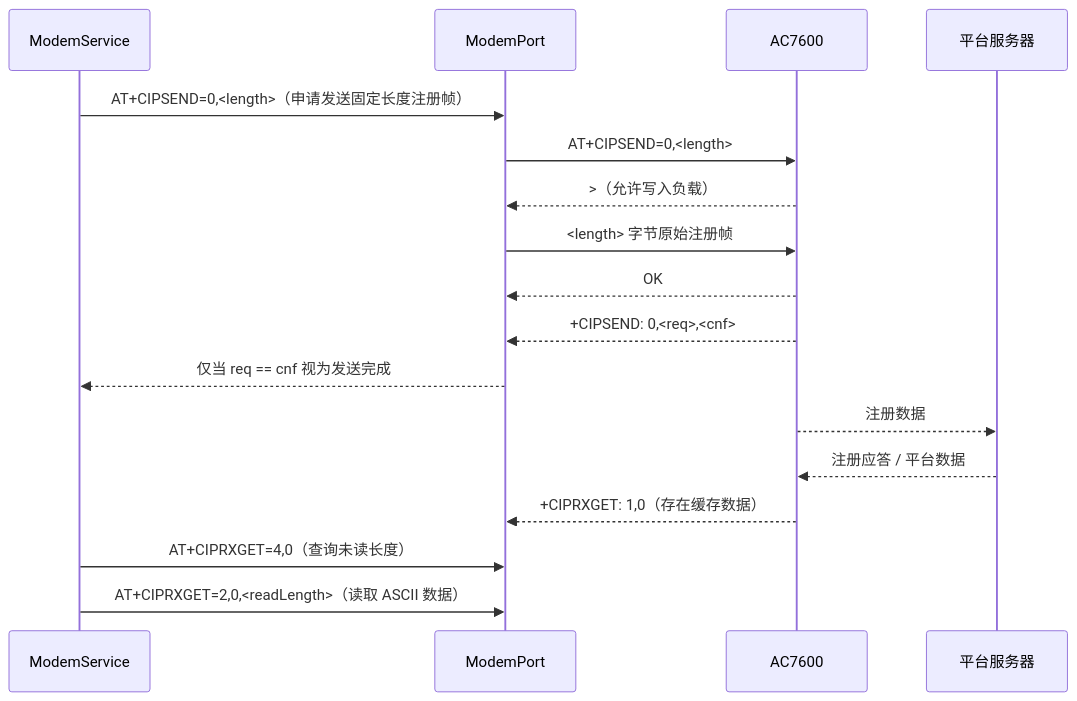
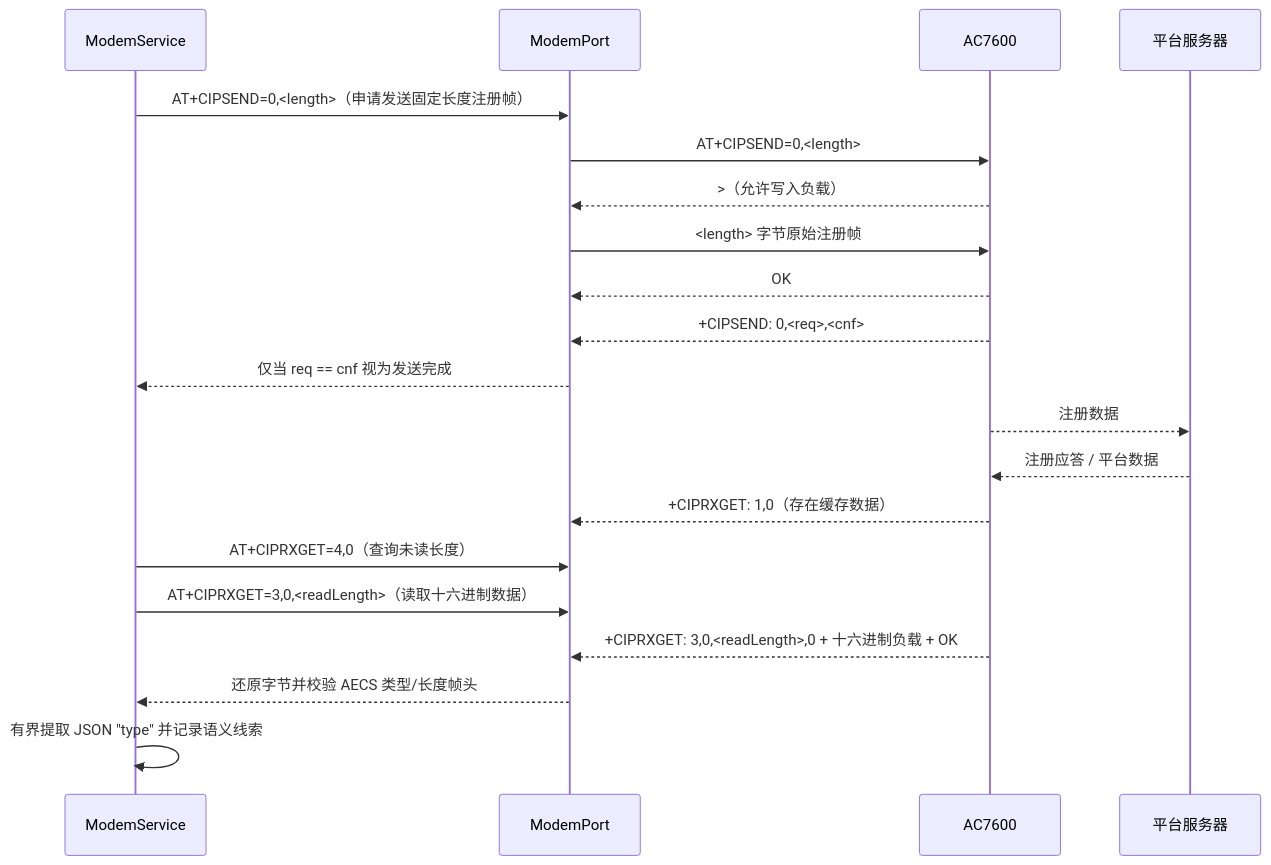
The fifth of 7 diagrams in docs/AC7600_TCPIP_SWIMLANE.md (xiaojunzhong123/eCall), drawn with Mermaid before and after one commit. The commit also changed other lines of this file and 5 other files, not shown here.

````diff
--- a/docs/AC7600_TCPIP_SWIMLANE.md
+++ b/docs/AC7600_TCPIP_SWIMLANE.md
@@ -135,21 +142,24 @@
 ```mermaid
 sequenceDiagram
     participant S as ModemService
     participant P as ModemPort
     participant M as AC7600
     participant V as 平台服务器
 
     S->>P: AT+CIPSEND=0,<length>（申请发送固定长度注册帧）
     P->>M: AT+CIPSEND=0,<length>
     M-->>P: >（允许写入负载）
     P->>M: <length> 字节原始注册帧
     M-->>P: OK
     M-->>P: +CIPSEND: 0,<req>,<cnf>
     P-->>S: 仅当 req == cnf 视为发送完成
     M-->>V: 注册数据
 
     V-->>M: 注册应答 / 平台数据
     M-->>P: +CIPRXGET: 1,0（存在缓存数据）
     S->>P: AT+CIPRXGET=4,0（查询未读长度）
-    S->>P: AT+CIPRXGET=2,0,<readLength>（读取 ASCII 数据）
+    S->>P: AT+CIPRXGET=3,0,<readLength>（读取十六进制数据）
+    M-->>P: +CIPRXGET: 3,0,<readLength>,0 + 十六进制负载 + OK
+    P-->>S: 还原字节并校验 AECS 类型/长度帧头
+    S->>S: 有界提取 JSON "type" 并记录语义线索
 ```
````
